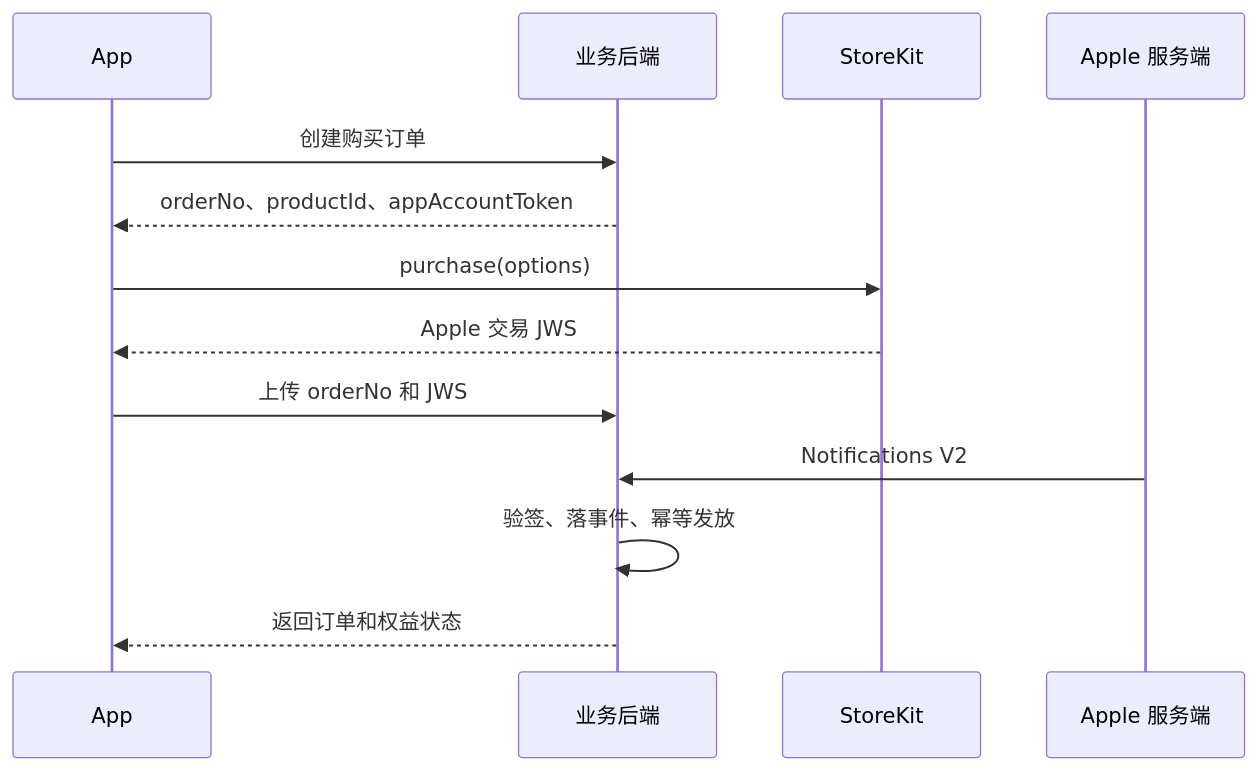
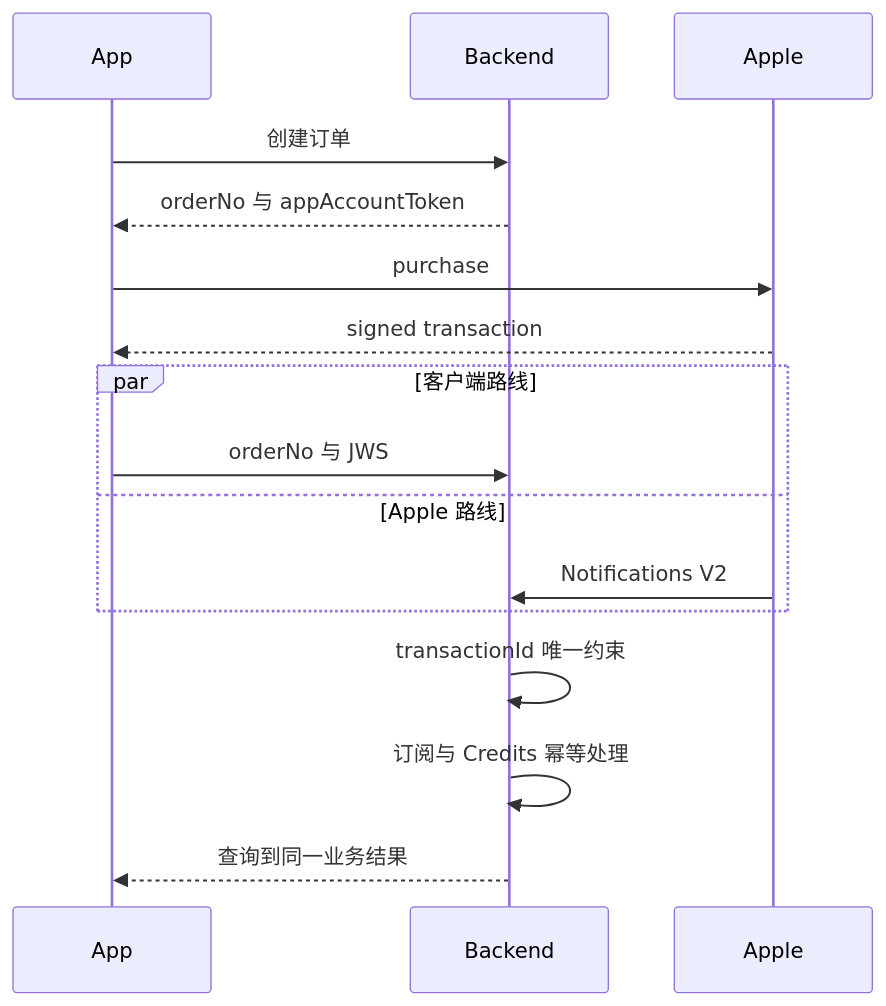
The second of 2 diagrams in src/content/docs/architecture/ios-subscription-payment-backend-practice.md (ALVIN-YANG/ylq-box), drawn with Mermaid before and after one commit. The commit also changed other lines of this file, not shown here.

````diff
--- a/src/content/docs/architecture/ios-subscription-payment-backend-practice.md
+++ b/src/content/docs/architecture/ios-subscription-payment-backend-practice.md
@@ -39,16 +653,19 @@
 ```mermaid
 sequenceDiagram
   participant App
-  participant Backend as 业务后端
-  participant StoreKit
-  participant Apple as Apple 服务端
+  participant Backend
+  participant Apple
 
-  App->>Backend: 创建购买订单
-  Backend-->>App: orderNo、productId、appAccountToken
-  App->>StoreKit: purchase(options)
-  StoreKit-->>App: Apple 交易 JWS
-  App->>Backend: 上传 orderNo 和 JWS
-  Apple->>Backend: Notifications V2
-  Backend->>Backend: 验签、落事件、幂等发放
-  Backend-->>App: 返回订单和权益状态
+  App->>Backend: 创建订单
+  Backend-->>App: orderNo 与 appAccountToken
+  App->>Apple: purchase
+  Apple-->>App: signed transaction
+  par 客户端路线
+    App->>Backend: orderNo 与 JWS
+  and Apple 路线
+    Apple->>Backend: Notifications V2
+  end
+  Backend->>Backend: transactionId 唯一约束
+  Backend->>Backend: 订阅与 Credits 幂等处理
+  Backend-->>App: 查询到同一业务结果
 ```
````
